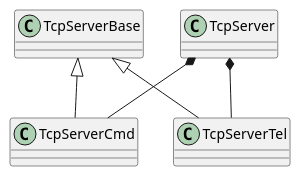
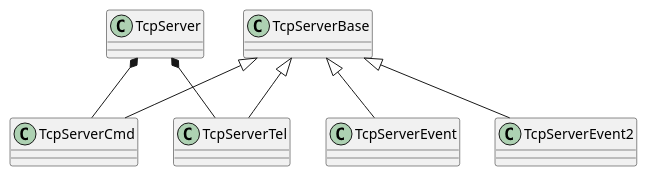
Before and after one commit to pcortes80/plantuml_markdown_integration: the diagram in sample-class.pu, drawn with PlantUML.

```diff
--- a/sample-class.pu
+++ b/sample-class.pu
@@ -1,6 +1,8 @@
 @startuml
 TcpServerBase <|-- TcpServerCmd
 TcpServerBase <|-- TcpServerTel
+TcpServerBase <|-- TcpServerEvent
+TcpServerBase <|-- TcpServerEvent2
 TcpServer *-- TcpServerCmd
 TcpServer *-- TcpServerTel
 @enduml
```
